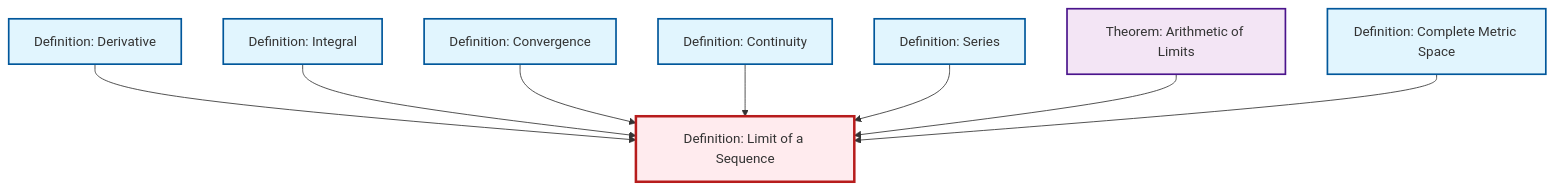
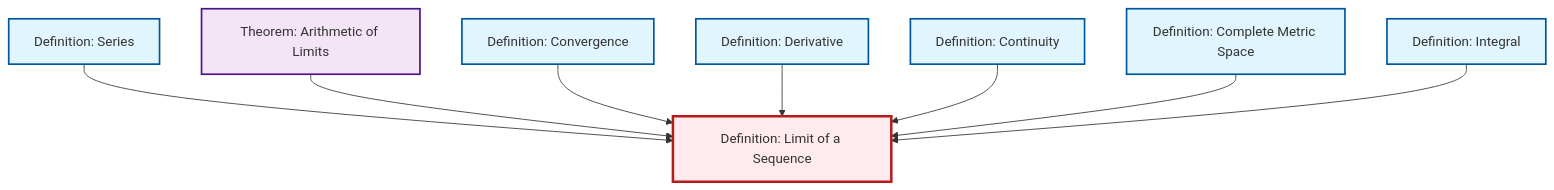
The diagram in content/en/analysis/def-limit.qmd (RK0429/ModernMath), drawn with Mermaid before and after one commit. The commit also changed other lines of this file and 615 other files, not shown here.

````diff
--- a/content/en/analysis/def-limit.qmd
+++ b/content/en/analysis/def-limit.qmd
@@ -48,32 +48,32 @@
 ```{mermaid}
 %%| fig-cap: "Local dependency graph"
 graph TD
     classDef definition fill:#e1f5fe,stroke:#01579b,stroke-width:2px
     classDef theorem fill:#f3e5f5,stroke:#4a148c,stroke-width:2px
     classDef axiom fill:#fff3e0,stroke:#e65100,stroke-width:2px
     classDef example fill:#e8f5e9,stroke:#1b5e20,stroke-width:2px
     classDef current fill:#ffebee,stroke:#b71c1c,stroke-width:3px
     def-series["Definition: Series"]:::definition
+    thm-limit-arithmetic["Theorem: Arithmetic of Limits"]:::theorem
+    def-integral["Definition: Integral"]:::definition
     def-complete-metric-space["Definition: Complete Metric Space"]:::definition
+    def-continuity["Definition: Continuity"]:::definition
+    def-derivative["Definition: Derivative"]:::definition
     def-limit["Definition: Limit of a Sequence"]:::definition
-    def-continuity["Definition: Continuity"]:::definition
     def-convergence["Definition: Convergence"]:::definition
-    def-derivative["Definition: Derivative"]:::definition
-    def-integral["Definition: Integral"]:::definition
-    thm-limit-arithmetic["Theorem: Arithmetic of Limits"]:::theorem
-    def-derivative --> def-limit
-    def-integral --> def-limit
-    def-convergence --> def-limit
-    def-continuity --> def-limit
     def-series --> def-limit
     thm-limit-arithmetic --> def-limit
+    def-convergence --> def-limit
+    def-derivative --> def-limit
+    def-continuity --> def-limit
     def-complete-metric-space --> def-limit
+    def-integral --> def-limit
     class def-limit current
     click def-series "def-series.html" "Go to Series definition"
+    click thm-limit-arithmetic "thm-limit-arithmetic.html" "Go to Arithmetic of Limits theorem"
+    click def-integral "def-integral.html" "Go to Integral definition"
     click def-complete-metric-space "def-complete-metric-space.html" "Go to Complete Metric Space definition"
     click def-continuity "def-continuity.html" "Go to Continuity definition"
+    click def-derivative "def-derivative.html" "Go to Derivative definition"
     click def-convergence "def-convergence.html" "Go to Convergence definition"
-    click def-derivative "def-derivative.html" "Go to Derivative definition"
-    click def-integral "def-integral.html" "Go to Integral definition"
-    click thm-limit-arithmetic "thm-limit-arithmetic.html" "Go to Arithmetic of Limits theorem"
 ```
````
